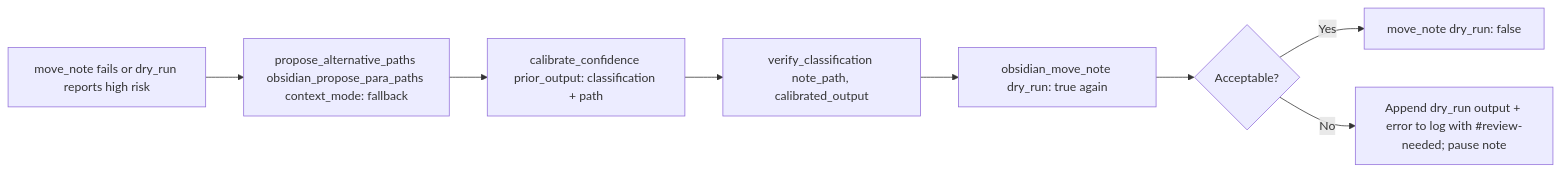
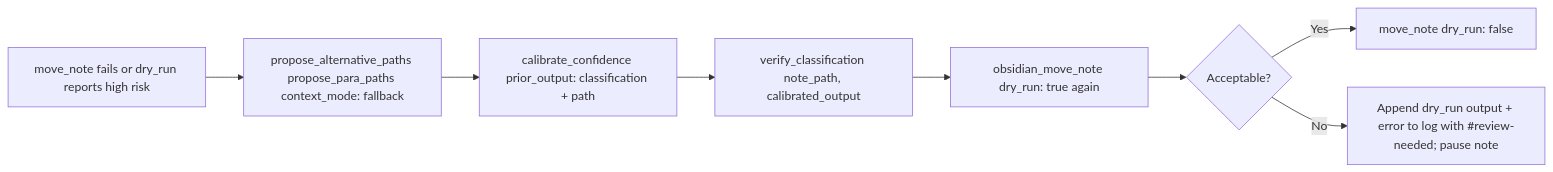
The eighth of 15 diagrams in 3-Resources/Second-Brain/Second-Brain-User-Flows/Skills-Structure-Detailed.md (L0RDTH0TH/genesis-mythos-master-roadmap), drawn with Mermaid before and after one commit. The commit also changed other lines of this file and 3337 other files, not shown here.

````diff
--- a/3-Resources/Second-Brain/Second-Brain-User-Flows/Skills-Structure-Detailed.md
+++ b/3-Resources/Second-Brain/Second-Brain-User-Flows/Skills-Structure-Detailed.md
@@ -198,11 +198,11 @@
 ```mermaid
 flowchart LR
   Fail[move_note fails or dry_run reports high risk]
-  Fail --> PA[propose_alternative_paths obsidian_propose_para_paths context_mode: fallback]
+  Fail --> PA[propose_alternative_paths propose_para_paths context_mode: fallback]
   PA --> Cal[calibrate_confidence prior_output: classification + path]
   Cal --> Ver[verify_classification note_path, calibrated_output]
   Ver --> Dry[obsidian_move_note dry_run: true again]
   Dry --> Commit{Acceptable?}
   Commit -->|Yes| Com[move_note dry_run: false]
   Commit -->|No| Log[Append dry_run output + error to log with #review-needed; pause note]
 ```
````
